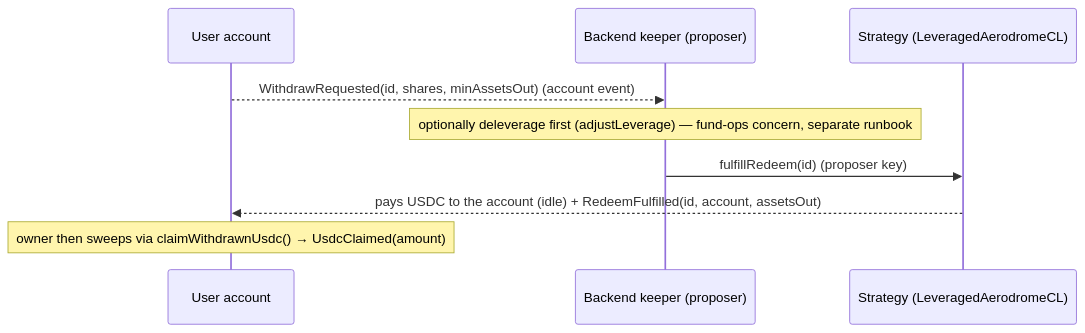
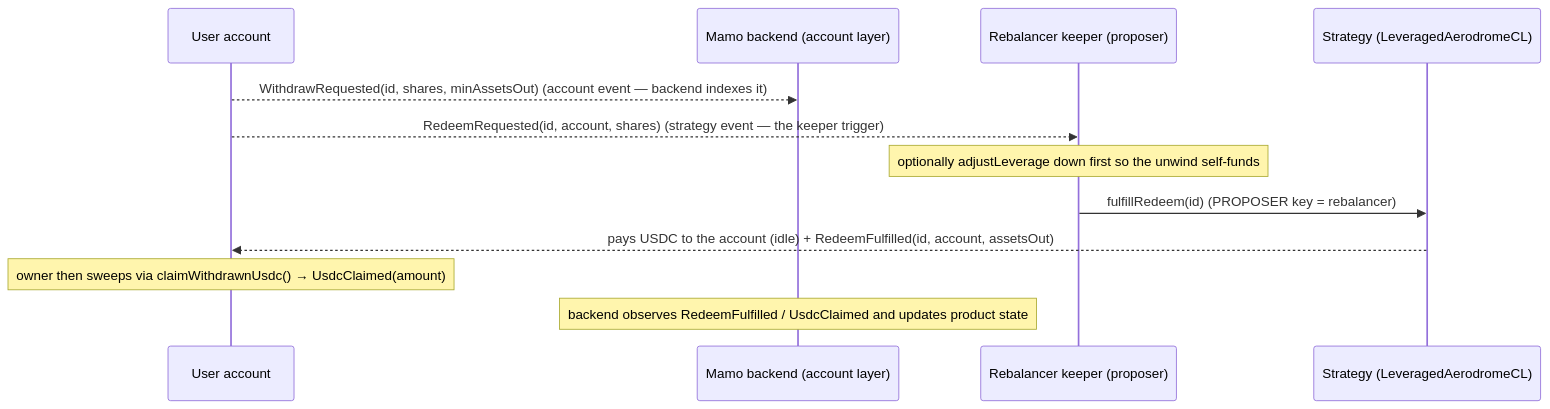
The diagram in docs/integrations/LEVERAGED_AERO_BACKEND.md (moonwell-fi/mamo-contracts), drawn with Mermaid before and after one commit. The commit also changed other lines of this file and 4 other files, not shown here.

````diff
--- a/docs/integrations/LEVERAGED_AERO_BACKEND.md
+++ b/docs/integrations/LEVERAGED_AERO_BACKEND.md
@@ -184,12 +199,15 @@
 ```mermaid
 sequenceDiagram
     participant A as User account
-    participant B as Backend keeper (proposer)
+    participant BE as Mamo backend (account layer)
+    participant RB as Rebalancer keeper (proposer)
     participant S as Strategy (LeveragedAerodromeCL)
 
-    A-->>B: WithdrawRequested(id, shares, minAssetsOut)   (account event)
-    Note over B: optionally deleverage first (adjustLeverage) — fund-ops concern, separate runbook
-    B->>S: fulfillRedeem(id)                              (proposer key)
+    A-->>BE: WithdrawRequested(id, shares, minAssetsOut)   (account event — backend indexes it)
+    A-->>RB: RedeemRequested(id, account, shares)          (strategy event — the keeper trigger)
+    Note over RB: optionally adjustLeverage down first so the unwind self-funds
+    RB->>S: fulfillRedeem(id)                              (PROPOSER key = rebalancer)
     S-->>A: pays USDC to the account (idle) + RedeemFulfilled(id, account, assetsOut)
     Note over A: owner then sweeps via claimWithdrawnUsdc() → UsdcClaimed(amount)
+    Note over BE: backend observes RedeemFulfilled / UsdcClaimed and updates product state
 ```
````
